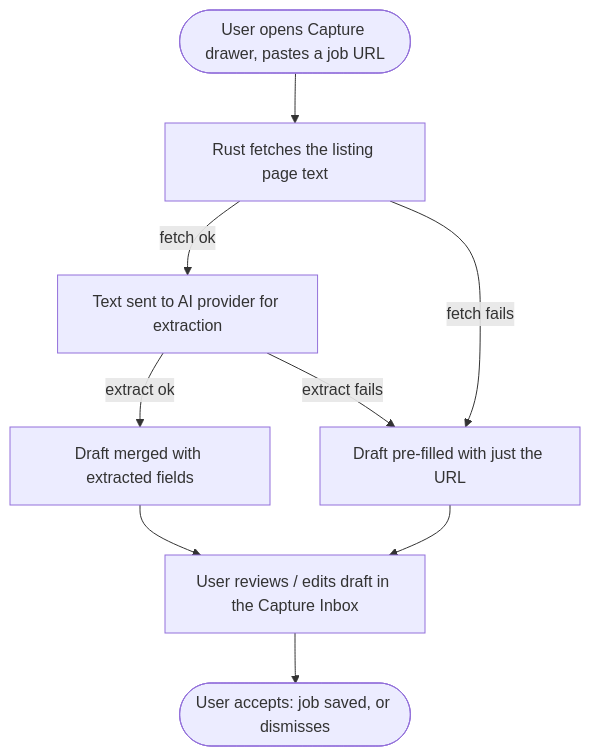
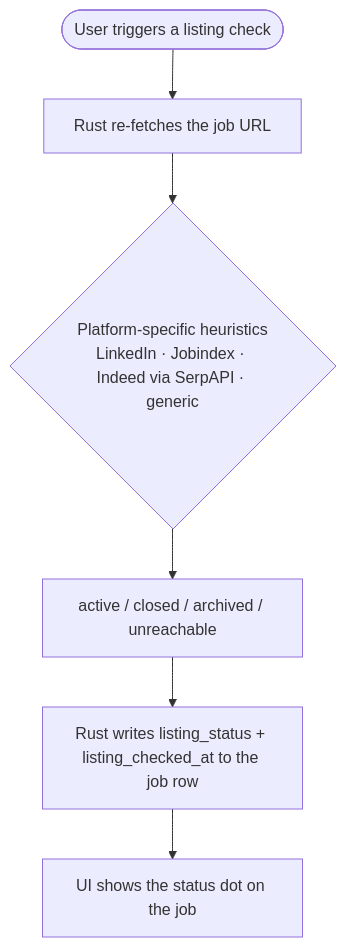
Before and after one commit to eikrad/Job-Tracker: the fifth of 8 diagrams in docs/architecture.md, drawn with Mermaid. The commit also changed other lines of this file and 2 other files, not shown here.

First line of the commit message:
docs: fix stale status pipeline, dedupe README, document missing features

````diff
--- a/docs/architecture.md
+++ b/docs/architecture.md
@@ -120,11 +121,8 @@
 ```mermaid
 flowchart TD
-    A([User opens Capture drawer, pastes a job URL]) --> B[Rust fetches the listing page text]
-    B -->|fetch ok| C[Text sent to AI provider for extraction]
-    B -->|fetch fails| G[Draft pre-filled with just the URL]
-    C -->|extract ok| D[Draft merged with extracted fields]
-    C -->|extract fails| G
-    D --> E[User reviews / edits draft in the Capture Inbox]
-    G --> E
-    E --> F([User accepts: job saved, or dismisses])
+    A([User triggers a listing check]) --> B[Rust re-fetches the job URL]
+    B --> C{Platform-specific heuristics\nLinkedIn · Jobindex · Indeed via SerpAPI · generic}
+    C --> D[active / closed / archived / unreachable]
+    D --> E[Rust writes listing_status + listing_checked_at to the job row]
+    E --> F[UI shows the status dot on the job]
 ```
````
